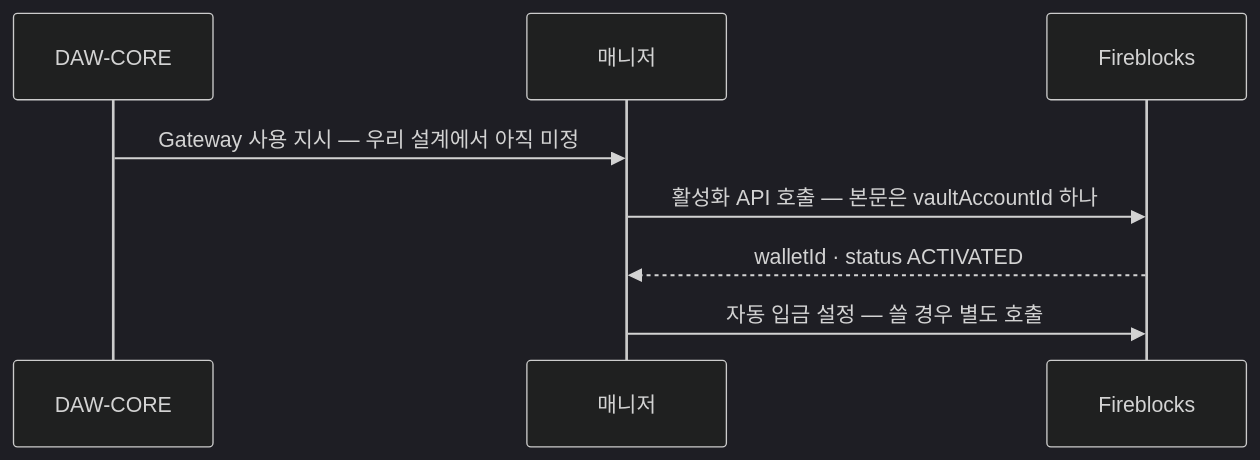
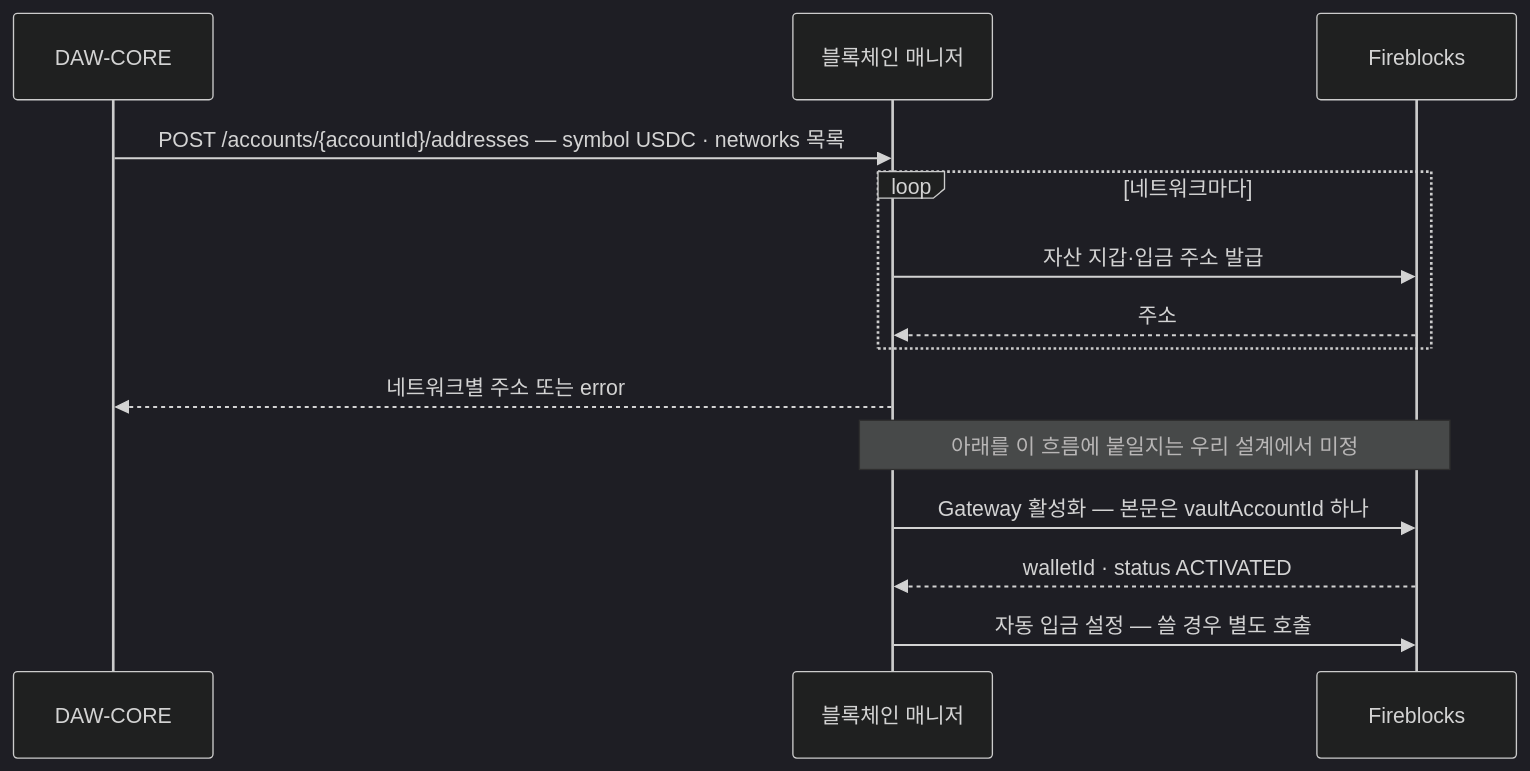
One commit to eunsujeo/eunpus changed the first of 3 diagrams in blockchain-manager/docs/블록체인매니저/브릿지/03-usdc-gateway.md. Above: the diagram before and after it, drawn with Mermaid (dark theme). The commit also changed other lines of this file, not shown here.

Commit message:
활성화 흐름을 DAW-CORE → 매니저 API 기준으로 다시 그린다
DAW-CORE 가 부르는 것은 매니저의 입금 주소 발급 API 다. 그 호출이 활성화의
전제조건(USDC 자산 지갑 주소 생성)을 만드는 지점이라, 거기서 시작하도록
다이어그램을 바꿨다. 활성화를 이 흐름에 붙일지는 미정으로 표기.

주소 발급은 네트워크 여러 개를 한 번에 처리하지만 Gateway 활성화는 vault
단위(본문이 vaultAccountId 하나)라 일괄이 없다는 대비도 적었다.

````diff
--- a/blockchain-manager/docs/블록체인매니저/브릿지/03-usdc-gateway.md
+++ b/blockchain-manager/docs/블록체인매니저/브릿지/03-usdc-gateway.md
@@ -28,11 +28,17 @@
 ```mermaid
 sequenceDiagram
   participant C as DAW-CORE
-  participant M as 매니저
+  participant M as 블록체인 매니저
   participant F as Fireblocks
 
-  C->>M: Gateway 사용 지시 — 우리 설계에서 아직 미정
-  M->>F: 활성화 API 호출 — 본문은 vaultAccountId 하나
+  C->>M: POST /accounts/{accountId}/addresses — symbol USDC · networks 목록
+  loop 네트워크마다
+    M->>F: 자산 지갑·입금 주소 발급
+    F-->>M: 주소
+  end
+  M-->>C: 네트워크별 주소 또는 error
+  Note over M,F: 아래를 이 흐름에 붙일지는 우리 설계에서 미정
+  M->>F: Gateway 활성화 — 본문은 vaultAccountId 하나
   F-->>M: walletId · status ACTIVATED
   M->>F: 자동 입금 설정 — 쓸 경우 별도 호출
 ```
````
